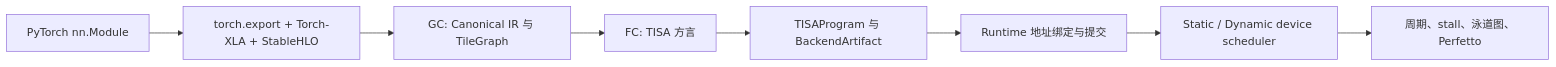
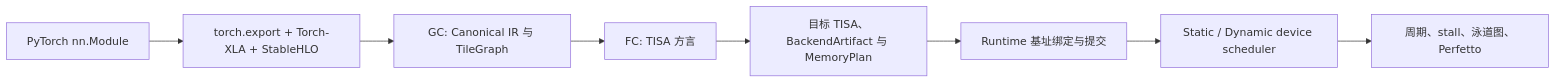
One commit to cxjiang-bk/npu-ooo-simulator changed the diagram in README.md. Above: the diagram before and after it, drawn with Mermaid. The commit also changed other lines of this file and 32 other files, not shown here.

Commit message:
fix: unify target memory planning and runtime bindings

````diff
--- a/README.md
+++ b/README.md
@@ -5,10 +5,10 @@
 ```mermaid
 flowchart LR
     A[PyTorch nn.Module] --> B[torch.export + Torch-XLA + StableHLO]
     B --> C[GC: Canonical IR 与 TileGraph]
     C --> D[FC: TISA 方言]
-    D --> E[TISAProgram 与 BackendArtifact]
-    E --> F[Runtime 地址绑定与提交]
+    D --> E[目标 TISA、BackendArtifact 与 MemoryPlan]
+    E --> F[Runtime 基址绑定与提交]
     F --> G[Static / Dynamic device scheduler]
     G --> H[周期、stall、泳道图、Perfetto]
 ```
````
